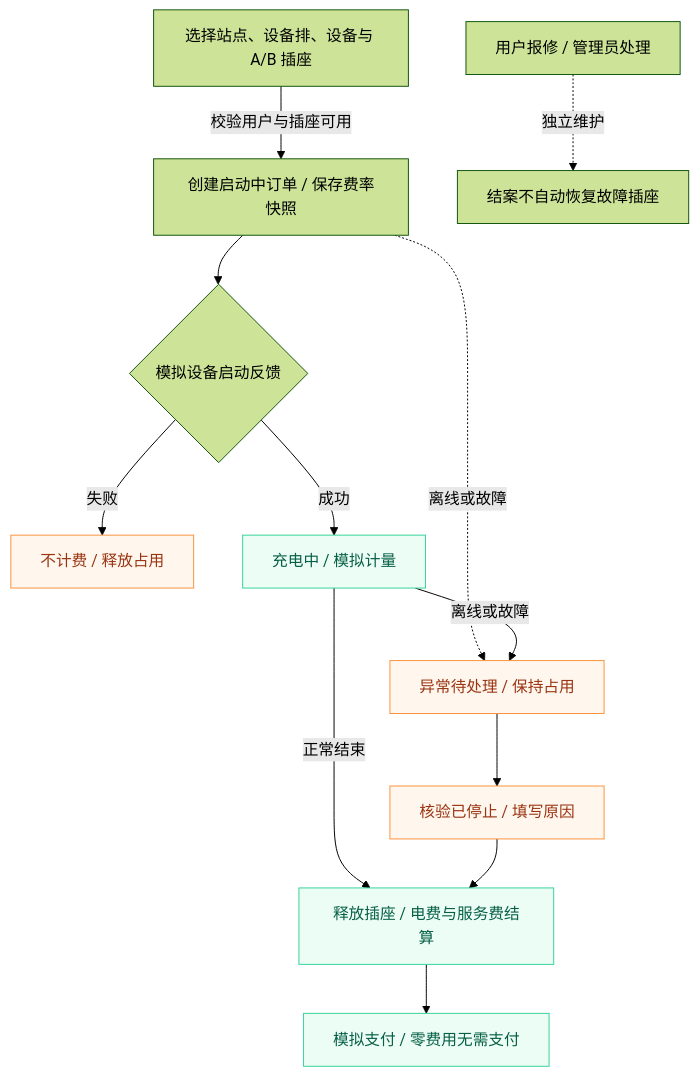
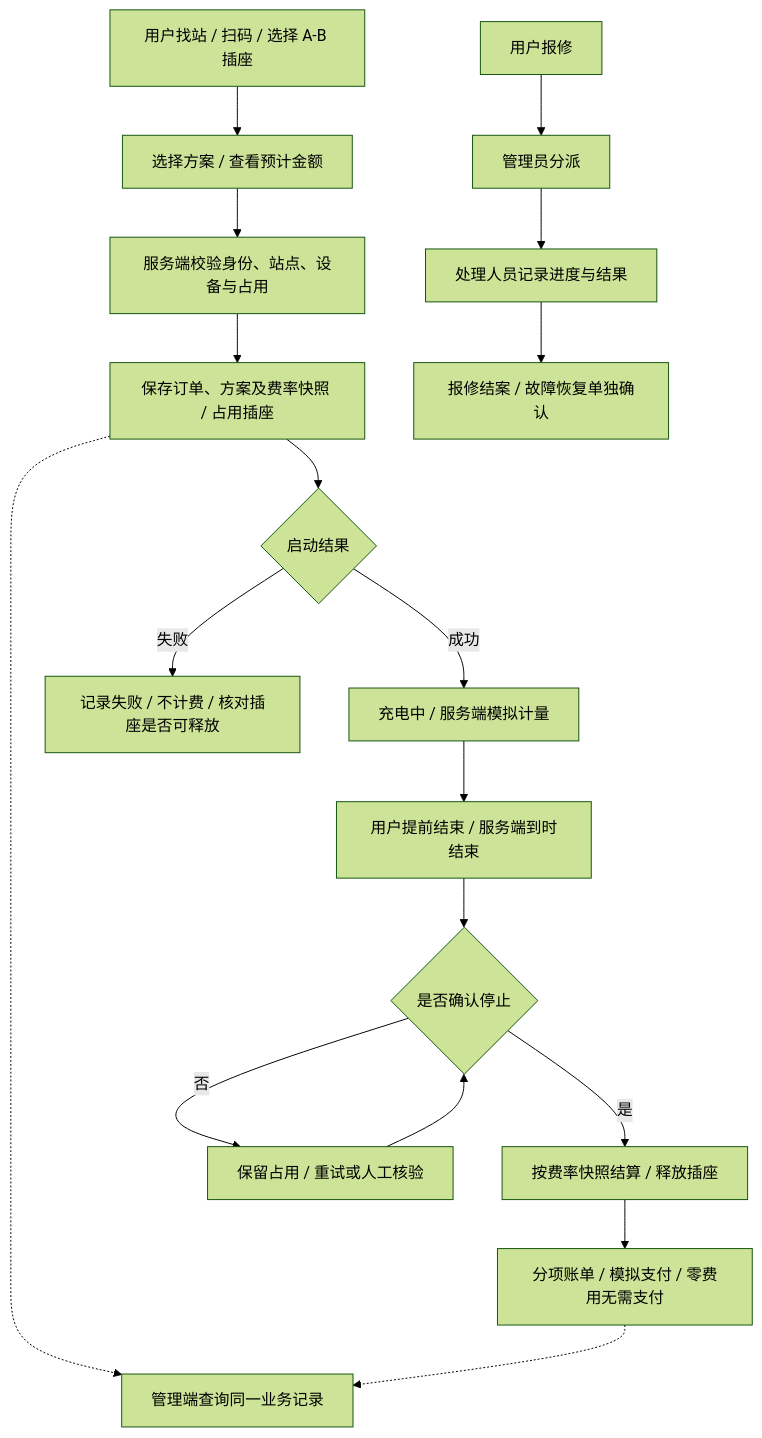
The third of 4 diagrams in README.md (ifox-hu/campus-ebike-charging), drawn with Mermaid (forest theme) before and after one commit. The commit also changed other lines of this file, not shown here.

Commit message:
docs: align README with connected charging system

````diff
--- a/README.md
+++ b/README.md
@@ -188,18 +175,20 @@
 ```mermaid
 flowchart TB
-  Select["选择站点、设备排、设备与 A/B 插座"] -->|校验用户与插座可用| Request["创建启动中订单 / 保存费率快照"]
-  Request --> Feedback{"模拟设备启动反馈"}
-  Feedback -->|失败| Fail["不计费 / 释放占用"]
-  Feedback -->|成功| Charging["充电中 / 模拟计量"]
-  Request -. "离线或故障" .-> Abnormal["异常待处理 / 保持占用"]
-  Charging -->|离线或故障| Abnormal
-  Charging -->|正常结束| Ended["释放插座 / 电费与服务费结算"]
-  Abnormal --> Verify["核验已停止 / 填写原因"]
-  Verify --> Ended
-  Ended --> Payment["模拟支付 / 零费用无需支付"]
-  Repair["用户报修 / 管理员处理"] -. "独立维护" .-> Maintenance["结案不自动恢复故障插座"]
-  classDef success fill:#ecfdf5,stroke:#34d399,color:#065f46
-  classDef warning fill:#fff7ed,stroke:#fb923c,color:#9a3412
-  class Charging,Ended,Payment success
-  class Abnormal,Verify,Fail warning
+  Select["用户找站 / 扫码 / 选择 A-B 插座"] --> Quote["选择方案 / 查看预计金额"]
+  Quote --> Check["服务端校验身份、站点、设备与占用"]
+  Check --> Reserve["保存订单、方案及费率快照 / 占用插座"]
+  Reserve --> Start{"启动结果"}
+  Start -->|成功| Charging["充电中 / 服务端模拟计量"]
+  Start -->|失败| Failed["记录失败 / 不计费 / 核对插座是否可释放"]
+  Charging --> Stop["用户提前结束 / 服务端到时结束"]
+  Stop --> Confirm{"是否确认停止"}
+  Confirm -->|是| Bill["按费率快照结算 / 释放插座"]
+  Confirm -->|否| Pending["保留占用 / 重试或人工核验"]
+  Pending --> Confirm
+  Bill --> Pay["分项账单 / 模拟支付 / 零费用无需支付"]
+  Reserve -.-> AdminView["管理端查询同一业务记录"]
+  Pay -.-> AdminView
+  Repair["用户报修"] --> Assign["管理员分派"]
+  Assign --> Handle["处理人员记录进度与结果"]
+  Handle --> Close["报修结案 / 故障恢复单独确认"]
 ```
````
